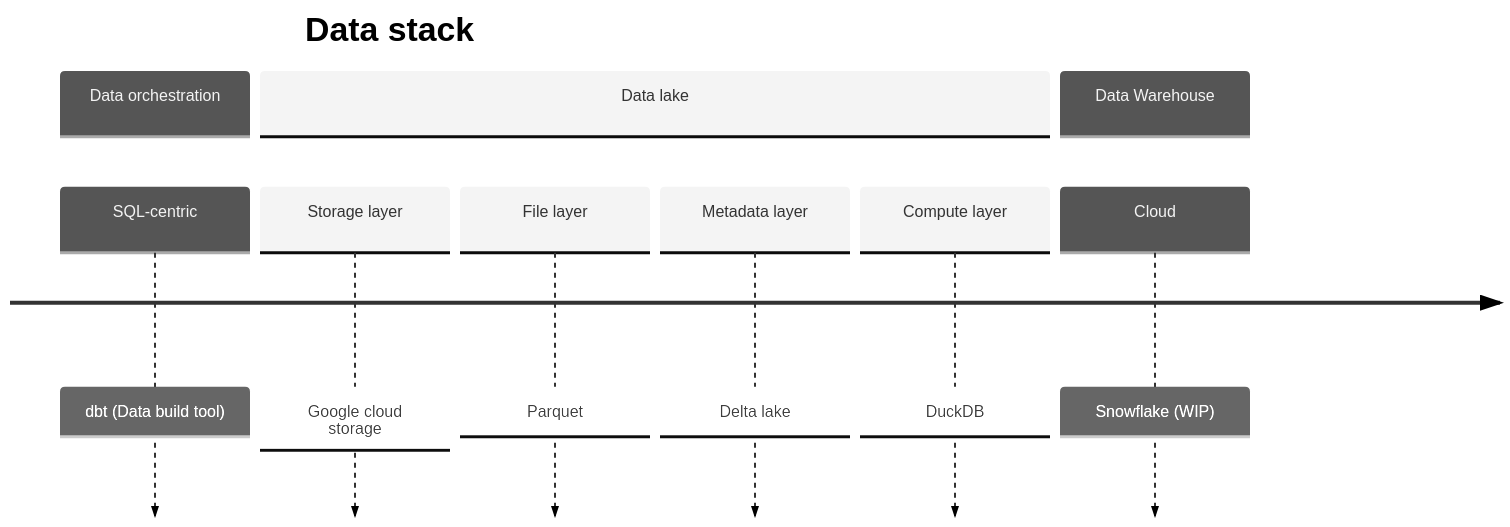
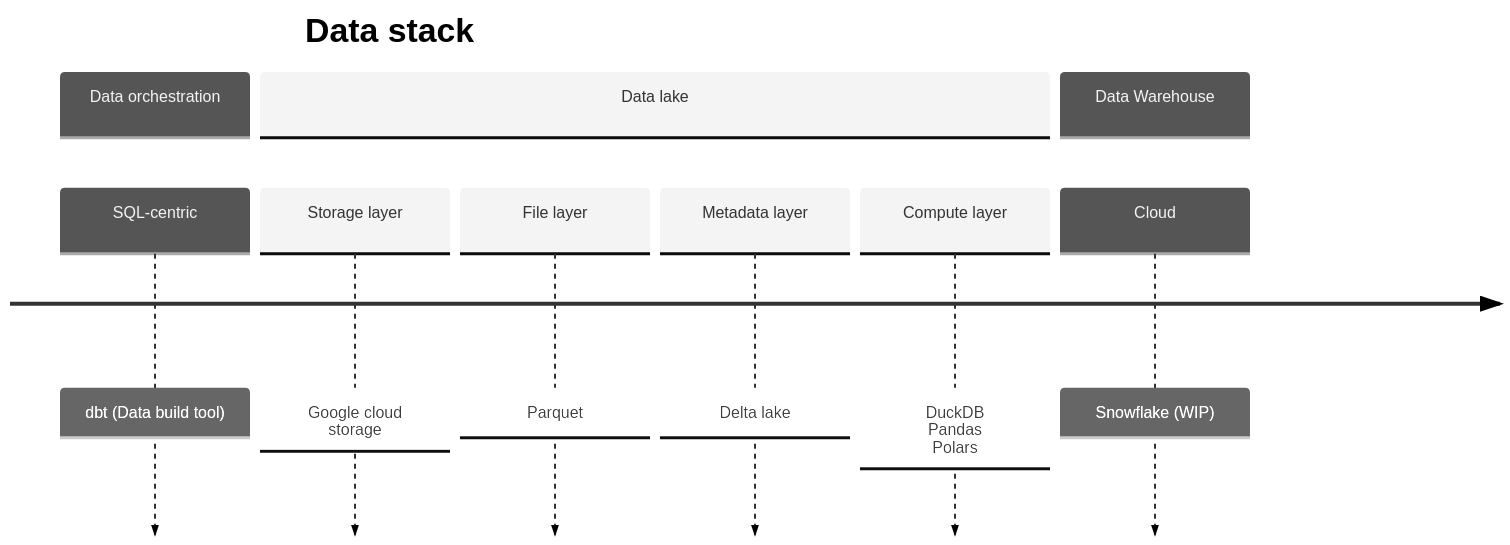
The first of 2 diagrams in README.md (srikanthkote/trade_dbt_project), drawn with Mermaid before and after one commit. The commit also changed 1 other file, not shown here.

````diff
--- a/README.md
+++ b/README.md
@@ -8,17 +8,17 @@
 ```mermaid
 ---
 config:
   theme: neutral
 ---
 timeline
     title Data stack
     section Data orchestration
         SQL-centric : dbt (Data build tool)
     section Data lake
         Storage layer : Google cloud storage
         File layer : Parquet
         Metadata layer : Delta lake 
-        Compute layer : DuckDB
+        Compute layer : DuckDB <br> Pandas <br> Polars
     section Data Warehouse
         Cloud : Snowflake (WIP)
 ```
````
